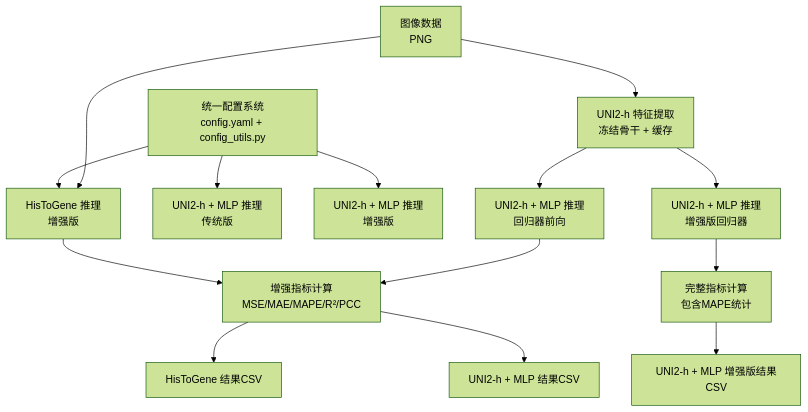
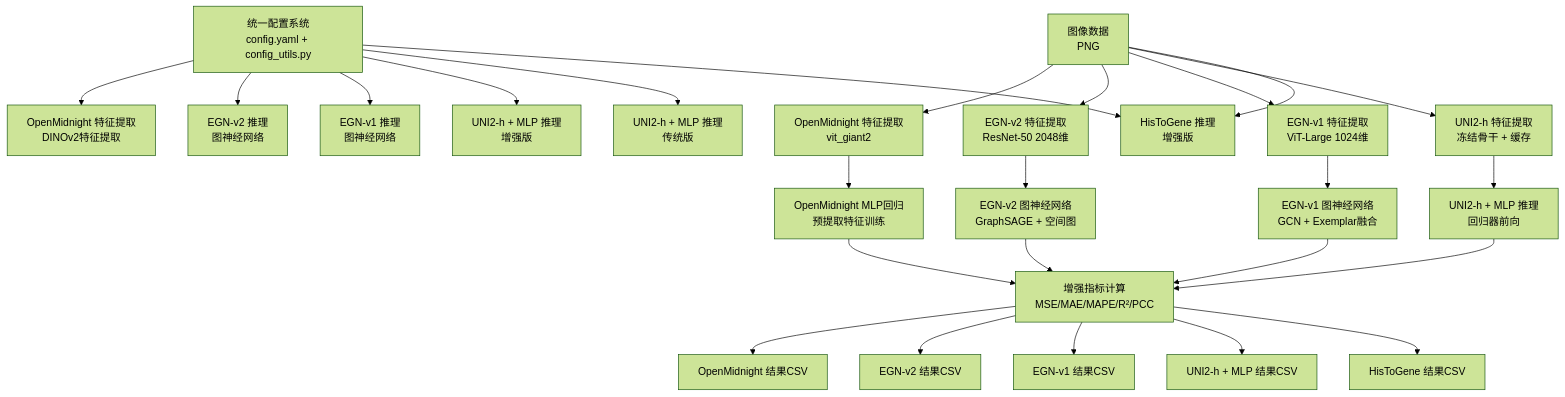
Before and after one commit to qzs610038-star/AI-esophagus-cancer-basedon-HF-HT: the second of 5 diagrams in .qoder/repowiki/zh/content/推理评估系统/推理评估系统.md, drawn with Mermaid (forest theme). The commit also changed other lines of this file and 146 other files, not shown here.

````diff
--- a/.qoder/repowiki/zh/content/推理评估系统/推理评估系统.md
+++ b/.qoder/repowiki/zh/content/推理评估系统/推理评估系统.md
@@ -186,16 +267,27 @@
 ```mermaid
 graph TB
 CONFIG["统一配置系统<br/>config.yaml + config_utils.py"] --> HTG["HisToGene 推理<br/>增强版"]
 CONFIG --> U2H["UNI2-h + MLP 推理<br/>传统版"]
 CONFIG --> U2H_NEW["UNI2-h + MLP 推理<br/>增强版"]
+CONFIG --> EGNV1["EGN-v1 推理<br/>图神经网络"]
+CONFIG --> EGNV2["EGN-v2 推理<br/>图神经网络"]
+CONFIG --> OPENMIDNIGHT["OpenMidnight 特征提取<br/>DINOv2特征提取"]
 IMG["图像数据<br/>PNG"] --> HTG
 IMG --> U2H_FEAT["UNI2-h 特征提取<br/>冻结骨干 + 缓存"]
+IMG --> EGNV1_FEAT["EGN-v1 特征提取<br/>ViT-Large 1024维"]
+IMG --> EGNV2_FEAT["EGN-v2 特征提取<br/>ResNet-50 2048维"]
+IMG --> OPENMIDNIGHT_FEAT["OpenMidnight 特征提取<br/>vit_giant2"]
 U2H_FEAT --> U2H_REG["UNI2-h + MLP 推理<br/>回归器前向"]
-U2H_FEAT --> U2H_NEW_REG["UNI2-h + MLP 推理<br/>增强版回归器"]
-HTG --> METRICS["增强指标计算<br/>MSE/MAE/MAPE/R²/PCC"]
-U2H_REG --> METRICS
-U2H_NEW_REG --> METRICS_ENHANCED["完整指标计算<br/>包含MAPE统计"]
+EGNV1_FEAT --> EGNV1_GRAPH["EGN-v1 图神经网络<br/>GCN + Exemplar融合"]
+EGNV2_FEAT --> EGNV2_GRAPH["EGN-v2 图神经网络<br/>GraphSAGE + 空间图"]
+OPENMIDNIGHT_FEAT --> OPENMIDNIGHT_MLP["OpenMidnight MLP回归<br/>预提取特征训练"]
+U2H_REG --> METRICS["增强指标计算<br/>MSE/MAE/MAPE/R²/PCC"]
+EGNV1_GRAPH --> METRICS
+EGNV2_GRAPH --> METRICS
+OPENMIDNIGHT_MLP --> METRICS
 METRICS --> OUT1["HisToGene 结果CSV"]
 METRICS --> OUT2["UNI2-h + MLP 结果CSV"]
-METRICS_ENHANCED --> OUT3["UNI2-h + MLP 增强版结果CSV"]
+METRICS --> OUT3["EGN-v1 结果CSV"]
+METRICS --> OUT4["EGN-v2 结果CSV"]
+METRICS --> OUT5["OpenMidnight 结果CSV"]
 ```
````
